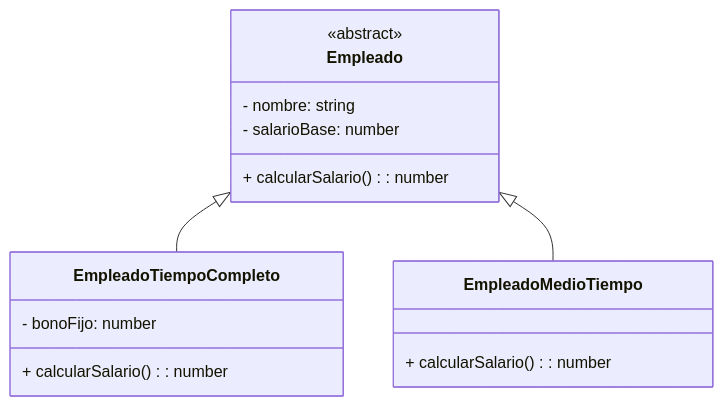
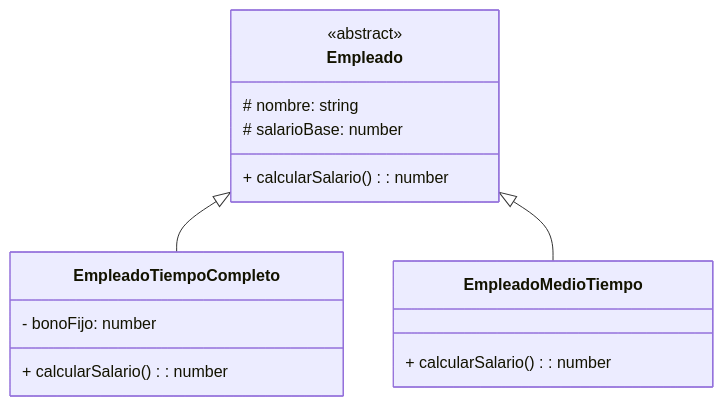
The first of 2 diagrams in readme.md (LiFranAlvarez/Programacion-IV-2025), drawn with Mermaid before and after one commit.

Commit message:
Modificacion uml ej3

````diff
--- a/readme.md
+++ b/readme.md
@@ -22,21 +22,21 @@
 ```mermaid
 classDiagram
     class Empleado {
         <<abstract>>
-        - nombre: string
-        - salarioBase: number
+        # nombre: string
+        # salarioBase: number
         + calcularSalario(): number
     }
 
     class EmpleadoTiempoCompleto {
         - bonoFijo: number
         + calcularSalario(): number
     }
 
     class EmpleadoMedioTiempo {
         + calcularSalario(): number
     }
 
     Empleado <|-- EmpleadoTiempoCompleto
     Empleado <|-- EmpleadoMedioTiempo
 ```
````
